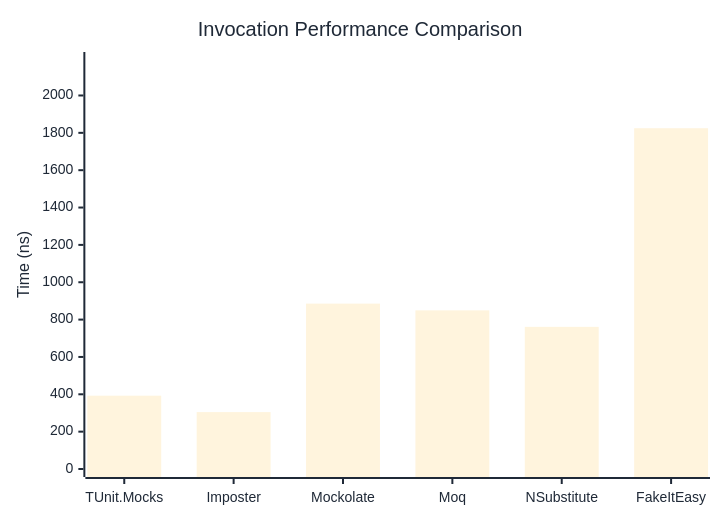
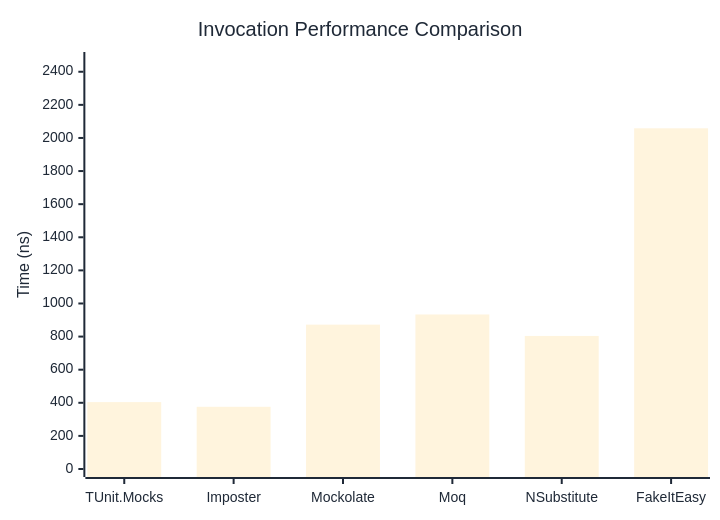
One commit to thomhurst/TUnit changed the first of 3 diagrams in docs/docs/benchmarks/mocks/Invocation.md. Above: the diagram before and after it, drawn with Mermaid. The commit also changed other lines of this file and 13 other files, not shown here.

````diff
--- a/docs/docs/benchmarks/mocks/Invocation.md
+++ b/docs/docs/benchmarks/mocks/Invocation.md
@@ -28,27 +28,27 @@
 ```mermaid
 %%{init: {
   'theme':'base',
   'themeVariables': {
     'primaryColor': '#2563eb',
     'primaryTextColor': '#1f2937',
     'primaryBorderColor': '#1e40af',
     'lineColor': '#6b7280',
     'secondaryColor': '#7c3aed',
     'tertiaryColor': '#dc2626',
     'background': '#ffffff',
     'pie1': '#2563eb',
     'pie2': '#7c3aed',
     'pie3': '#dc2626',
     'pie4': '#f59e0b',
     'pie5': '#10b981',
     'pie6': '#06b6d4',
     'pie7': '#ec4899',
     'pie8': '#6366f1'
   }
 }}%%
 xychart-beta
   title "Invocation Performance Comparison"
   x-axis ["TUnit.Mocks", "Imposter", "Mockolate", "Moq", "NSubstitute", "FakeItEasy"]
-  y-axis "Time (ns)" 0 --> 2190
-  bar [392.6, 304.7, 885.6, 849.4, 761.2, 1824.7]
+  y-axis "Time (ns)" 0 --> 2471
+  bar [404.2, 375.8, 872.2, 933.6, 803.9, 2058.4]
 ```
````
